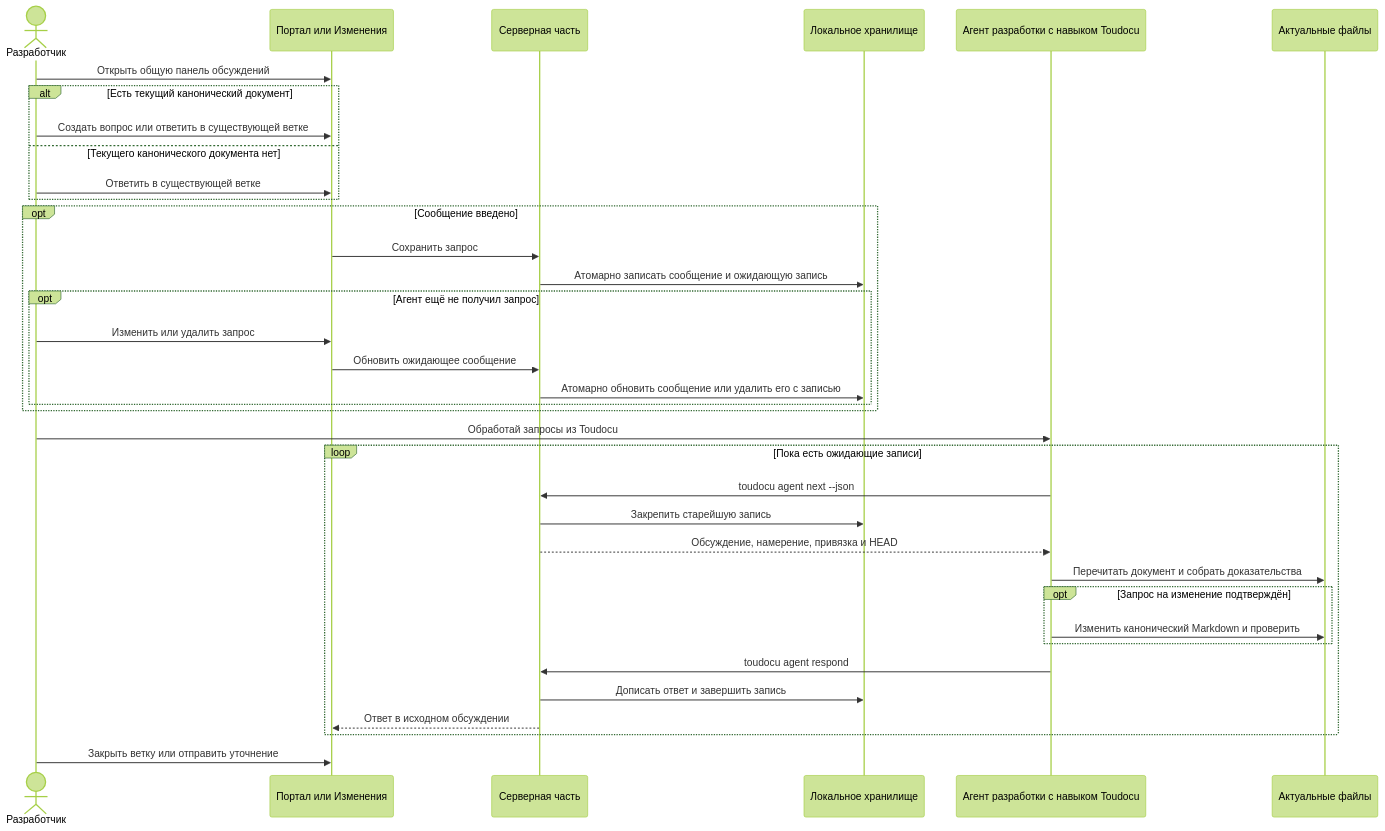
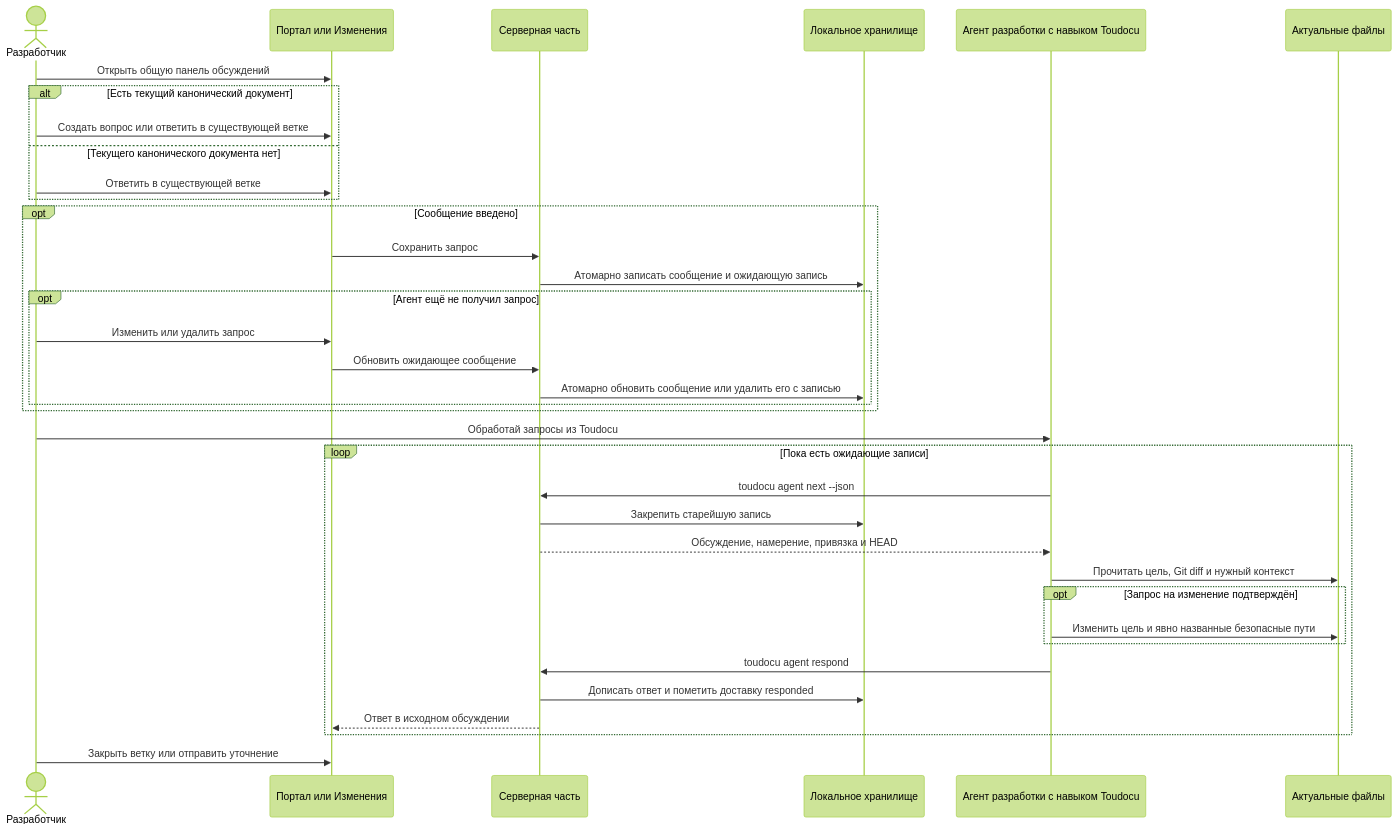
One commit to lumenikoly/toudocu changed the diagram in docs/flows/FLOW-AGENT-FEEDBACK.md. Above: the diagram before and after it, drawn with Mermaid (forest theme). The commit also changed other lines of this file and 13 other files, not shown here.

````diff
--- a/docs/flows/FLOW-AGENT-FEEDBACK.md
+++ b/docs/flows/FLOW-AGENT-FEEDBACK.md
@@ -10,39 +10,39 @@
 ```mermaid
 sequenceDiagram
     actor Human as Разработчик
     participant UI as Портал или Изменения
     participant Core as Серверная часть
     participant Store as Локальное хранилище
     participant Agent as Агент разработки с навыком Toudocu
     participant Files as Актуальные файлы
 
     Human->>UI: Открыть общую панель обсуждений
     alt Есть текущий канонический документ
         Human->>UI: Создать вопрос или ответить в существующей ветке
     else Текущего канонического документа нет
         Human->>UI: Ответить в существующей ветке
     end
     opt Сообщение введено
         UI->>Core: Сохранить запрос
         Core->>Store: Атомарно записать сообщение и ожидающую запись
         opt Агент ещё не получил запрос
             Human->>UI: Изменить или удалить запрос
             UI->>Core: Обновить ожидающее сообщение
             Core->>Store: Атомарно обновить сообщение или удалить его с записью
         end
     end
     Human->>Agent: Обработай запросы из Toudocu
     loop Пока есть ожидающие записи
         Agent->>Core: toudocu agent next --json
         Core->>Store: Закрепить старейшую запись
         Core-->>Agent: Обсуждение, намерение, привязка и HEAD
-        Agent->>Files: Перечитать документ и собрать доказательства
+        Agent->>Files: Прочитать цель, Git diff и нужный контекст
         opt Запрос на изменение подтверждён
-            Agent->>Files: Изменить канонический Markdown и проверить
+            Agent->>Files: Изменить цель и явно названные безопасные пути
         end
         Agent->>Core: toudocu agent respond
-        Core->>Store: Дописать ответ и завершить запись
+        Core->>Store: Дописать ответ и пометить доставку responded
         Core-->>UI: Ответ в исходном обсуждении
     end
     Human->>UI: Закрыть ветку или отправить уточнение
 ```
````
